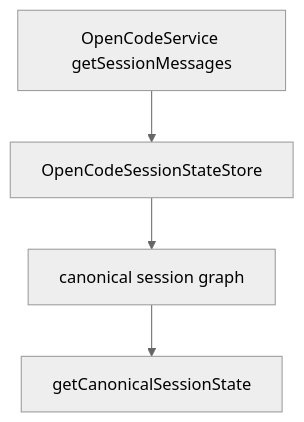
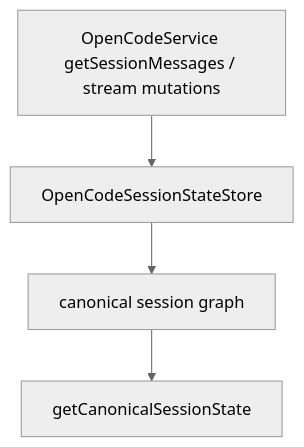
One commit to OCDcreator/opencodian changed the diagram in docs/modules/core/opencode/OpenCodeSessionStateStore.md. Above: the diagram before and after it, drawn with Mermaid (neutral theme). The commit also changed other lines of this file and 9 other files, not shown here.

Commit message:
autopilot: round 7 - package stream mutations

````diff
--- a/docs/modules/core/opencode/OpenCodeSessionStateStore.md
+++ b/docs/modules/core/opencode/OpenCodeSessionStateStore.md
@@ -76,6 +79,6 @@
 ```mermaid
 graph TD
-    A[OpenCodeService getSessionMessages] --> B[OpenCodeSessionStateStore]
+    A[OpenCodeService getSessionMessages / stream mutations] --> B[OpenCodeSessionStateStore]
     B --> C[canonical session graph]
     C --> D[getCanonicalSessionState]
 ```
````
